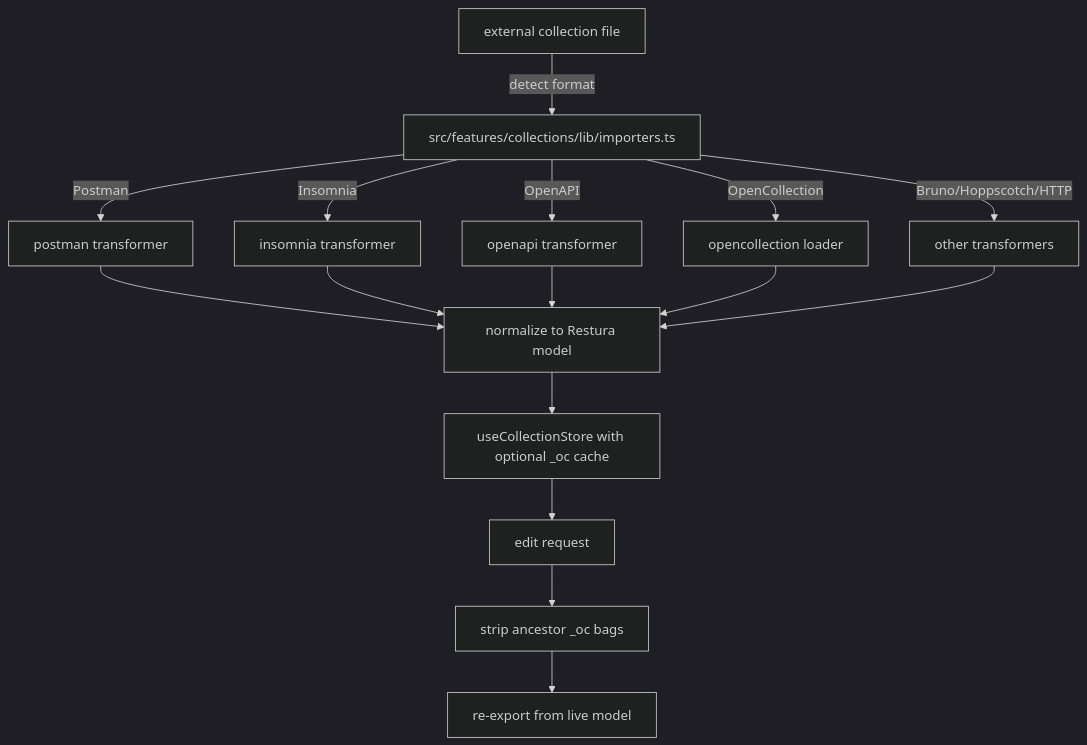
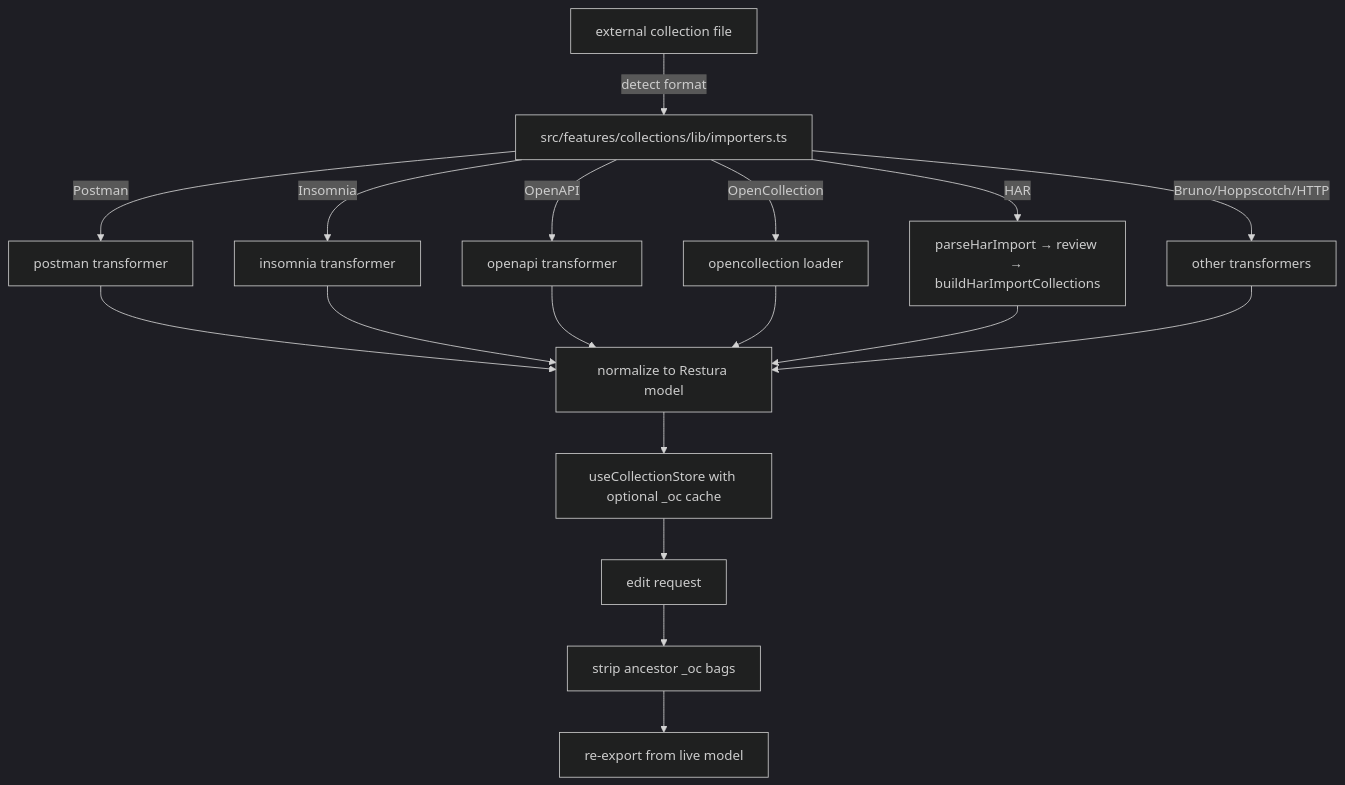
Before and after one commit to dipjyotimetia/restura: the diagram in openwiki/integrations/overview.md, drawn with Mermaid (dark theme). The commit also changed other lines of this file and 2 other files, not shown here.

````diff
--- a/openwiki/integrations/overview.md
+++ b/openwiki/integrations/overview.md
@@ -33,18 +34,20 @@
 ```mermaid
 flowchart TD
     FILE[external collection file] -->|detect format| DISPATCH[src/features/collections/lib/importers.ts]
     DISPATCH -->|Postman| PM[postman transformer]
     DISPATCH -->|Insomnia| IN[insomnia transformer]
     DISPATCH -->|OpenAPI| OA[openapi transformer]
     DISPATCH -->|OpenCollection| OC[opencollection loader]
+    DISPATCH -->|HAR| HAR_IMP["parseHarImport → review → buildHarImportCollections"]
     DISPATCH -->|Bruno/Hoppscotch/HTTP| OTHER[other transformers]
     PM --> NORMALIZE[normalize to Restura model]
     IN --> NORMALIZE
     OA --> NORMALIZE
     OC --> NORMALIZE
+    HAR_IMP --> NORMALIZE
     OTHER --> NORMALIZE
     NORMALIZE --> STORE[useCollectionStore with optional _oc cache]
     STORE --> EDIT[edit request]
     EDIT --> STRIP[strip ancestor _oc bags]
     STRIP --> EXPORT[re-export from live model]
 ```
````
